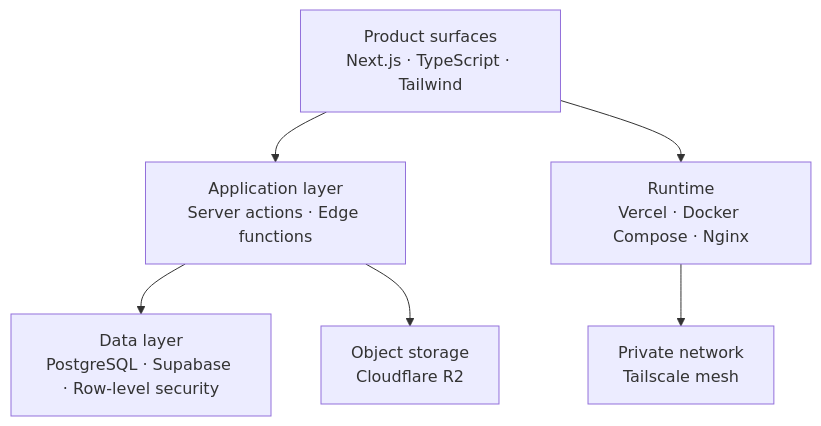
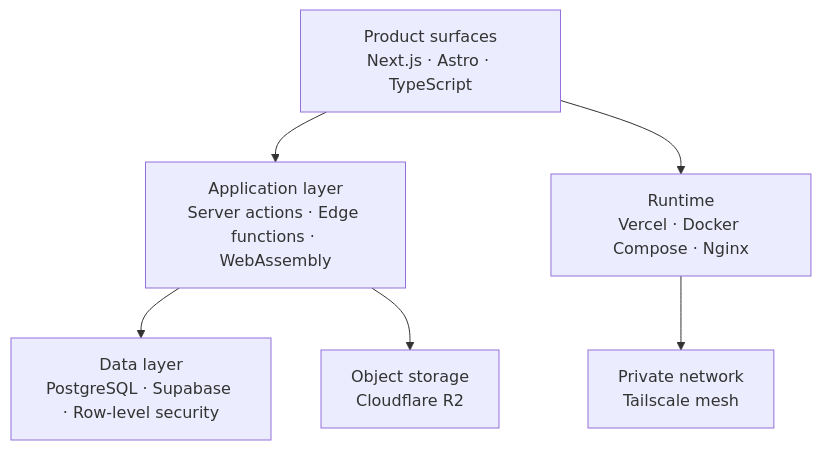
The diagram in README.md (kimzam30/kimzam30), drawn with Mermaid before and after one commit. The commit also changed other lines of this file and 24 other files, not shown here.

````diff
--- a/README.md
+++ b/README.md
@@ -42,15 +87,15 @@
 ```mermaid
 flowchart TD
-    UI["Product surfaces<br/>Next.js · TypeScript · Tailwind"]
-    APP["Application layer<br/>Server actions · Edge functions"]
+    UI["Product surfaces<br/>Next.js · Astro · TypeScript"]
+    APP["Application layer<br/>Server actions · Edge functions · WebAssembly"]
     DATA["Data layer<br/>PostgreSQL · Supabase · Row-level security"]
     OBJ["Object storage<br/>Cloudflare R2"]
     RUN["Runtime<br/>Vercel · Docker Compose · Nginx"]
     NET["Private network<br/>Tailscale mesh"]
 
     UI --> APP
     APP --> DATA
     APP --> OBJ
     UI --> RUN
     RUN --> NET
 ```
````
